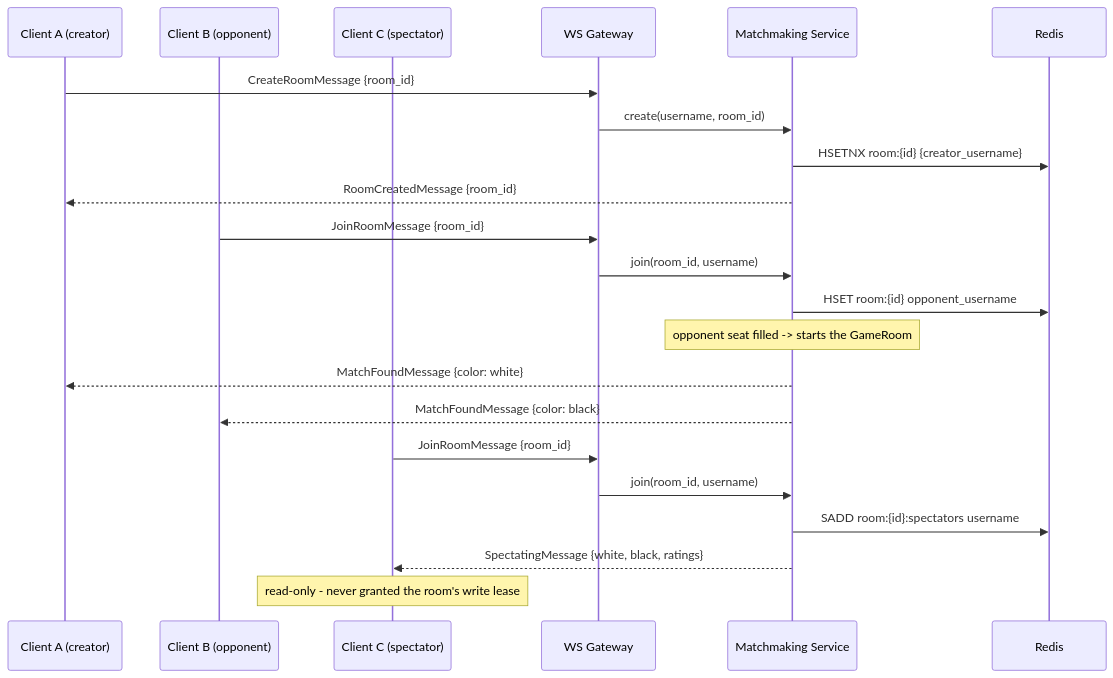
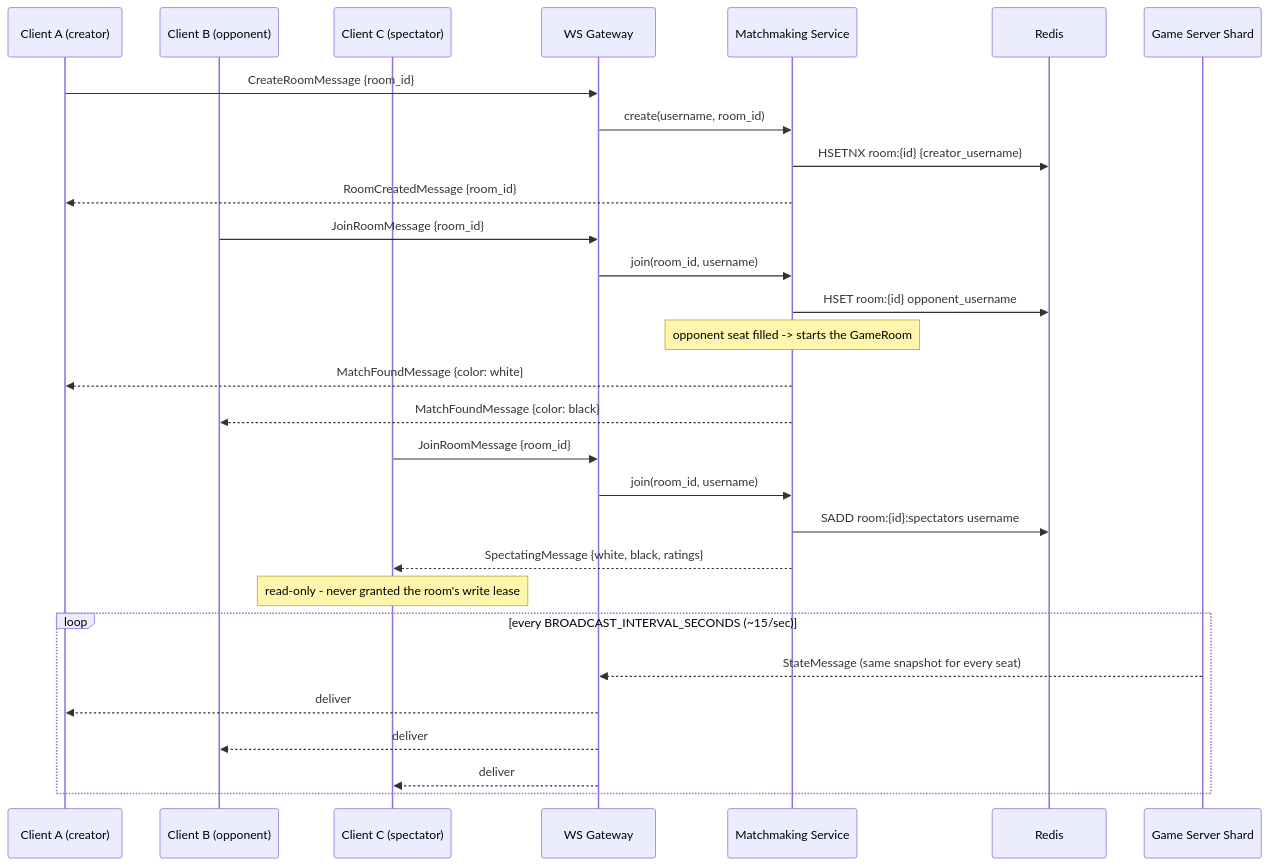
One commit to EfratKatvan/KFChess changed the fifth of 7 diagrams in Server_Design.md. Above: the diagram before and after it, drawn with Mermaid. The commit also changed other lines of this file, not shown here.

First line of the commit message:
docs: add Auth section, fix architecture diagram syntax, document spectator/dual-disconnect scenarios

````diff
--- a/Server_Design.md
+++ b/Server_Design.md
@@ -823,27 +914,35 @@
 ```mermaid
 sequenceDiagram
     participant A as Client A (creator)
     participant B as Client B (opponent)
     participant Sp as Client C (spectator)
     participant WSG as WS Gateway
     participant MM as Matchmaking Service
     participant R as Redis
+    participant S as Game Server Shard
 
     A->>WSG: CreateRoomMessage {room_id}
     WSG->>MM: create(username, room_id)
     MM->>R: HSETNX room:{id} {creator_username}
     MM-->>A: RoomCreatedMessage {room_id}
 
     B->>WSG: JoinRoomMessage {room_id}
     WSG->>MM: join(room_id, username)
     MM->>R: HSET room:{id} opponent_username
     Note over MM: opponent seat filled -> starts the GameRoom
     MM-->>A: MatchFoundMessage {color: white}
     MM-->>B: MatchFoundMessage {color: black}
 
     Sp->>WSG: JoinRoomMessage {room_id}
     WSG->>MM: join(room_id, username)
     MM->>R: SADD room:{id}:spectators username
     MM-->>Sp: SpectatingMessage {white, black, ratings}
     Note over Sp: read-only - never granted the room's write lease
+
+    loop every BROADCAST_INTERVAL_SECONDS (~15/sec)
+        S-->>WSG: StateMessage (same snapshot for every seat)
+        WSG-->>A: deliver
+        WSG-->>B: deliver
+        WSG-->>Sp: deliver
+    end
 ```
````
